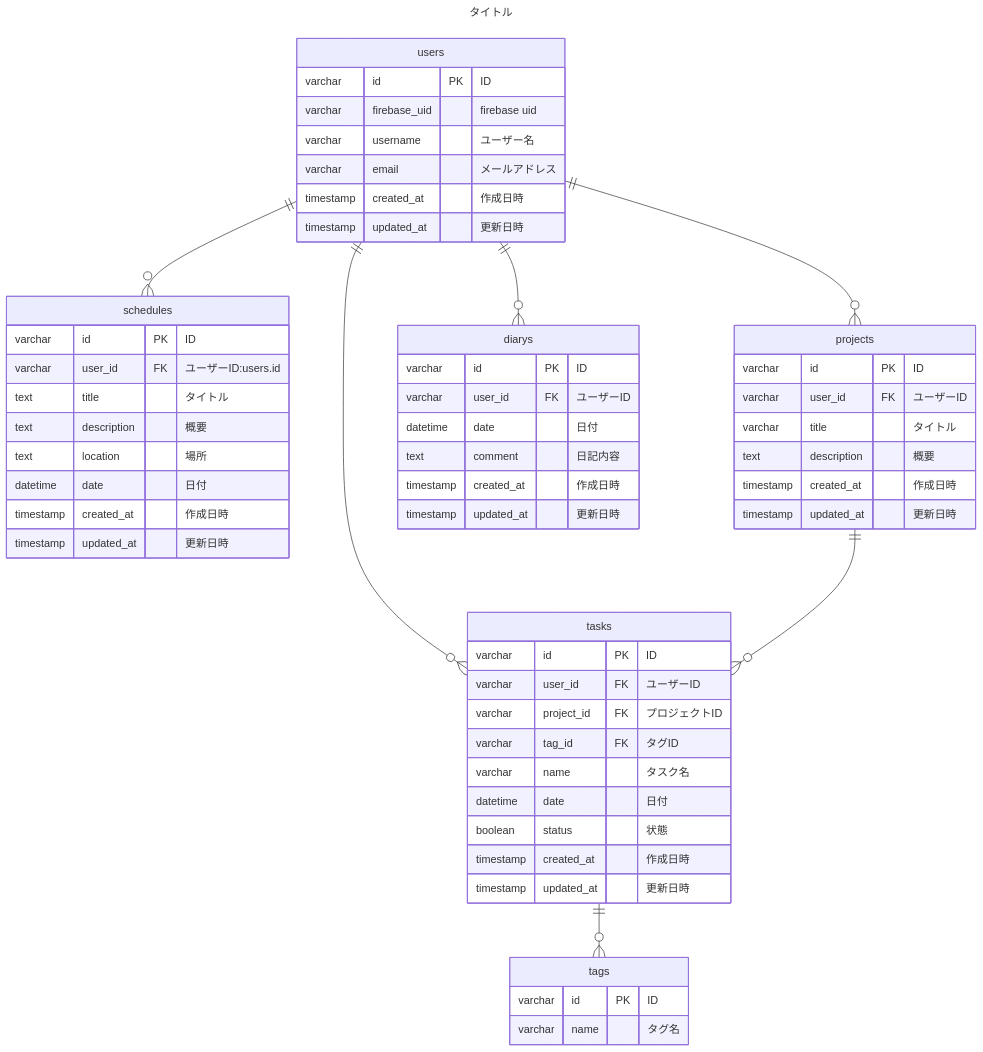
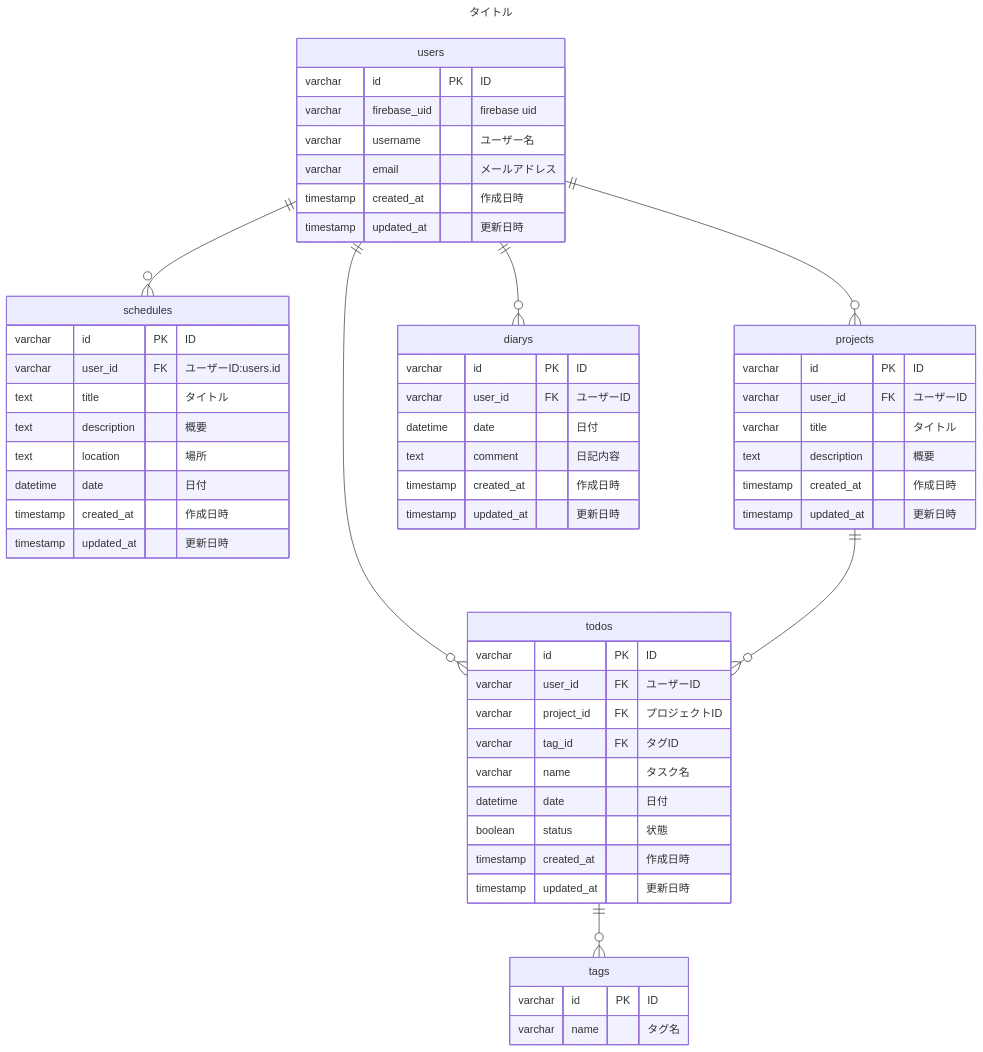
One commit to km1110/calendar-app changed the diagram in docs/db.md. Above: the diagram before and after it, drawn with Mermaid.

Commit message:
refactor: :recycle: テーブル名の変更

````diff
--- a/docs/db.md
+++ b/docs/db.md
@@ -5,69 +5,69 @@
 ```mermaid
 ---
 title: "タイトル"
 ---
 erDiagram
     users ||--o{ schedules : ""
     users ||--o{ projects : ""
-    users ||--o{ tasks : ""
+    users ||--o{ todos : ""
     users ||--o{ diarys : ""
 
-    projects ||--o{ tasks : ""
+    projects ||--o{ todos : ""
 
-    tasks ||--o{ tags : ""
+    todos ||--o{ tags : ""
 
     users {
       varchar id PK "ID"
       varchar firebase_uid "firebase uid"
       varchar username "ユーザー名"
       varchar email "メールアドレス"
       timestamp created_at "作成日時"
       timestamp updated_at "更新日時"
     }
 
     schedules {
       varchar id PK "ID"
       varchar user_id FK "ユーザーID:users.id"
       text title "タイトル"
       text description  "概要"
       text location  "場所"
       datetime date  "日付"
       timestamp created_at "作成日時"
       timestamp updated_at "更新日時"
     }
 
     projects {
       varchar id PK "ID"
       varchar user_id FK "ユーザーID"
       varchar title "タイトル"
       text description "概要"
       timestamp created_at "作成日時"
       timestamp updated_at "更新日時"
     }
 
-    tasks {
+    todos {
       varchar id PK "ID"
       varchar user_id FK "ユーザーID"
       varchar project_id FK "プロジェクトID"
       varchar tag_id FK "タグID"
       varchar name "タスク名"
       datetime date  "日付"
       boolean status "状態"
       timestamp created_at "作成日時"
       timestamp updated_at "更新日時"
     }
 
     tags {
       varchar id PK "ID"
       varchar name "タグ名"
     }
 
     diarys {
       varchar id PK "ID"
       varchar user_id FK "ユーザーID"
       datetime date  "日付"
       text comment "日記内容"
       timestamp created_at "作成日時"
       timestamp updated_at "更新日時"
     }
 ```
````
